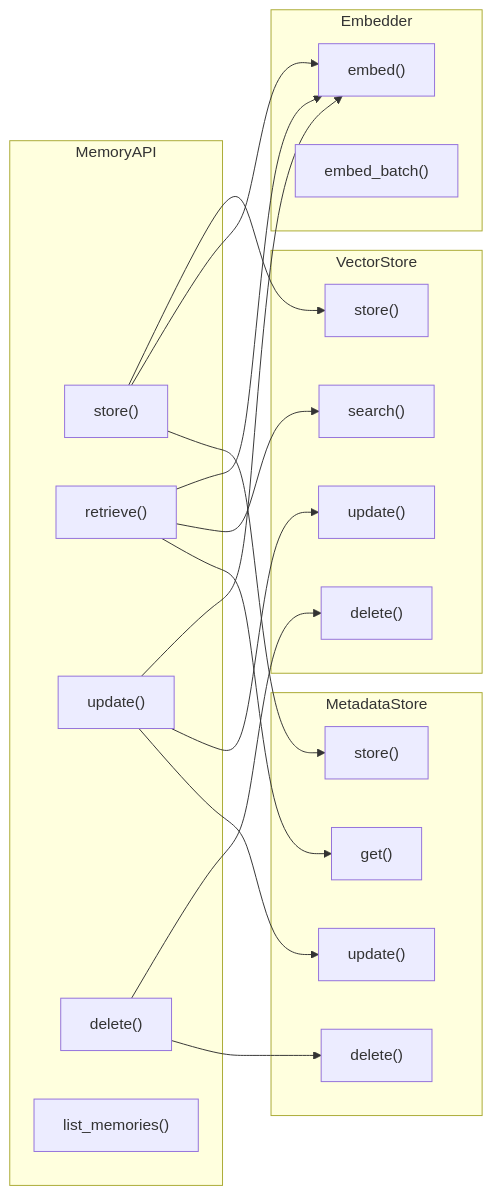
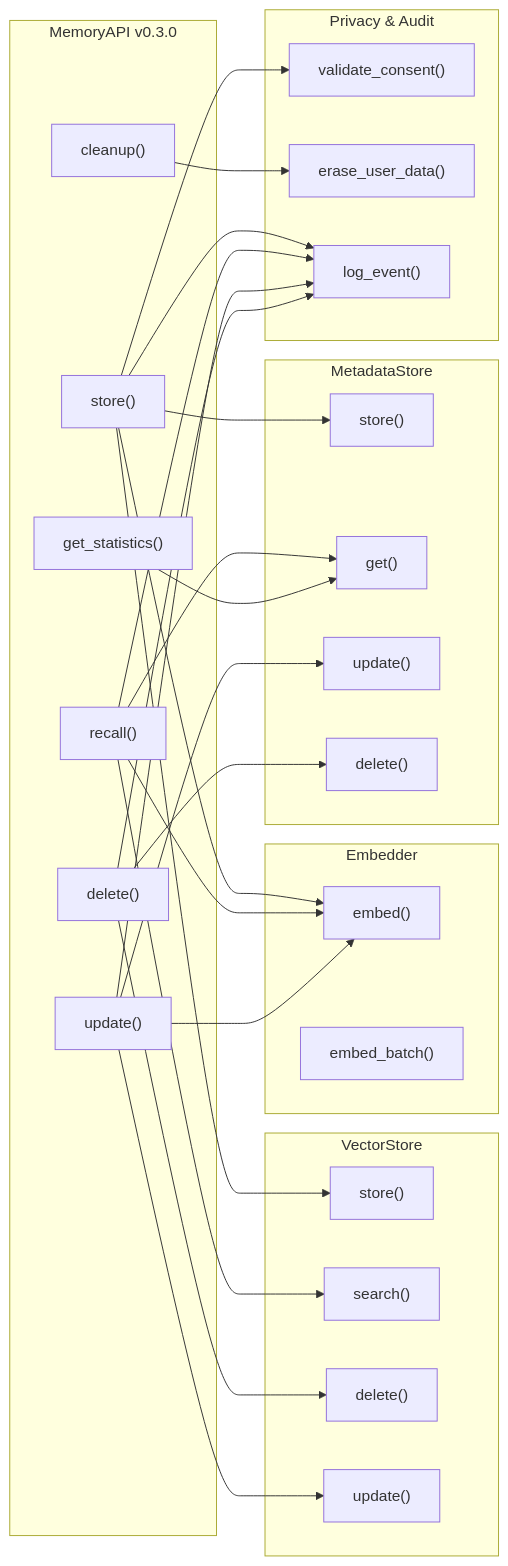
Before and after one commit to memorix-ai/memorix-sdk: the second of 6 diagrams in docs/ARCHITECTURE.md, drawn with Mermaid. The commit also changed other lines of this file and 31 other files, not shown here.

````diff
--- a/docs/ARCHITECTURE.md
+++ b/docs/ARCHITECTURE.md
@@ -61,44 +86,59 @@
 ```mermaid
 graph LR
-    subgraph "MemoryAPI"
+    subgraph "MemoryAPI v0.3.0"
         STORE["store()"]
-        RETRIEVE["retrieve()"]
+        RECALL["recall()"]
         UPDATE["update()"]
         DELETE["delete()"]
-        LIST["list_memories()"]
+        STATS["get_statistics()"]
+        CLEANUP["cleanup()"]
     end
     
     subgraph "VectorStore"
         VS_STORE["store()"]
         VS_SEARCH["search()"]
         VS_DELETE["delete()"]
         VS_UPDATE["update()"]
     end
     
     subgraph "Embedder"
         EMB_EMBED["embed()"]
         EMB_BATCH["embed_batch()"]
     end
     
     subgraph "MetadataStore"
         MS_STORE["store()"]
         MS_GET["get()"]
         MS_UPDATE["update()"]
         MS_DELETE["delete()"]
     end
     
+    subgraph "Privacy & Audit"
+        CONSENT_CHECK["validate_consent()"]
+        ERASE_DATA["erase_user_data()"]
+        AUDIT_LOG["log_event()"]
+    end
+    
     STORE --> VS_STORE
     STORE --> EMB_EMBED
     STORE --> MS_STORE
+    STORE --> CONSENT_CHECK
+    STORE --> AUDIT_LOG
     
-    RETRIEVE --> EMB_EMBED
-    RETRIEVE --> VS_SEARCH
-    RETRIEVE --> MS_GET
+    RECALL --> EMB_EMBED
+    RECALL --> VS_SEARCH
+    RECALL --> MS_GET
+    RECALL --> AUDIT_LOG
     
     UPDATE --> EMB_EMBED
     UPDATE --> VS_UPDATE
     UPDATE --> MS_UPDATE
+    UPDATE --> AUDIT_LOG
     
     DELETE --> VS_DELETE
     DELETE --> MS_DELETE
+    DELETE --> AUDIT_LOG
+    
+    STATS --> MS_GET
+    CLEANUP --> ERASE_DATA
 ```
````
